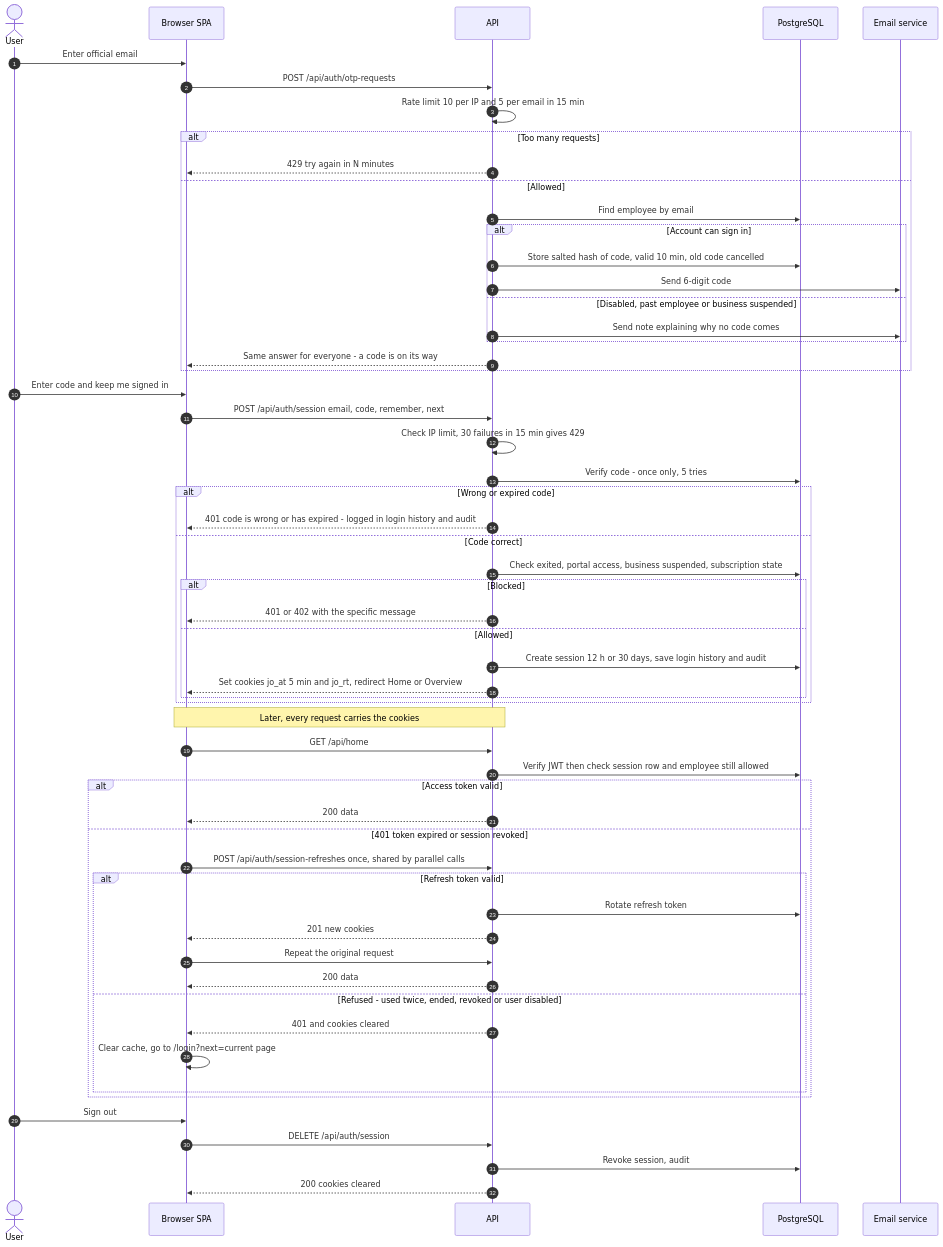
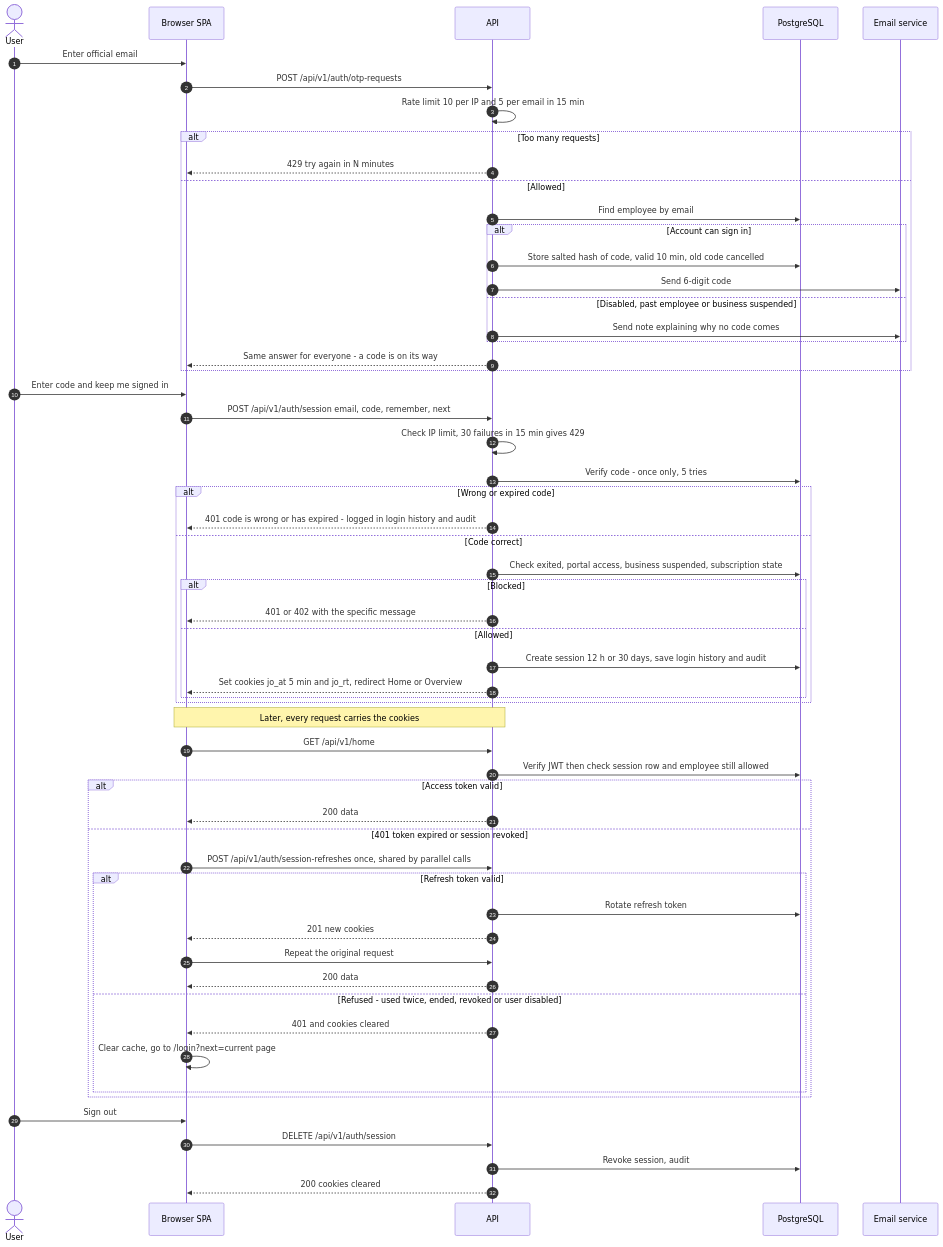
Before and after one commit to amitjurislpo/Juris-one: the second of 23 diagrams in references/FLOW-JurisOne.md, drawn with Mermaid. The commit also changed other lines of this file and 95 other files, not shown here.

````diff
--- a/references/FLOW-JurisOne.md
+++ b/references/FLOW-JurisOne.md
@@ -65,61 +65,61 @@
 ```mermaid
 sequenceDiagram
     autonumber
     actor U as User
     participant B as Browser SPA
     participant A as API
     participant DB as PostgreSQL
     participant M as Email service
 
     U->>B: Enter official email
-    B->>A: POST /api/auth/otp-requests
+    B->>A: POST /api/v1/auth/otp-requests
     A->>A: Rate limit 10 per IP and 5 per email in 15 min
     alt Too many requests
         A-->>B: 429 try again in N minutes
     else Allowed
         A->>DB: Find employee by email
         alt Account can sign in
             A->>DB: Store salted hash of code, valid 10 min, old code cancelled
             A->>M: Send 6-digit code
         else Disabled, past employee or business suspended
             A->>M: Send note explaining why no code comes
         end
         A-->>B: Same answer for everyone - a code is on its way
     end
     U->>B: Enter code and keep me signed in
-    B->>A: POST /api/auth/session email, code, remember, next
+    B->>A: POST /api/v1/auth/session email, code, remember, next
     A->>A: Check IP limit, 30 failures in 15 min gives 429
     A->>DB: Verify code - once only, 5 tries
     alt Wrong or expired code
         A-->>B: 401 code is wrong or has expired - logged in login history and audit
     else Code correct
         A->>DB: Check exited, portal access, business suspended, subscription state
         alt Blocked
             A-->>B: 401 or 402 with the specific message
         else Allowed
             A->>DB: Create session 12 h or 30 days, save login history and audit
             A-->>B: Set cookies jo_at 5 min and jo_rt, redirect Home or Overview
         end
     end
     Note over B,A: Later, every request carries the cookies
-    B->>A: GET /api/home
+    B->>A: GET /api/v1/home
     A->>DB: Verify JWT then check session row and employee still allowed
     alt Access token valid
         A-->>B: 200 data
     else 401 token expired or session revoked
-        B->>A: POST /api/auth/session-refreshes once, shared by parallel calls
+        B->>A: POST /api/v1/auth/session-refreshes once, shared by parallel calls
         alt Refresh token valid
             A->>DB: Rotate refresh token
             A-->>B: 201 new cookies
             B->>A: Repeat the original request
             A-->>B: 200 data
         else Refused - used twice, ended, revoked or user disabled
             A-->>B: 401 and cookies cleared
             B->>B: Clear cache, go to /login?next=current page
         end
     end
     U->>B: Sign out
-    B->>A: DELETE /api/auth/session
+    B->>A: DELETE /api/v1/auth/session
     A->>DB: Revoke session, audit
     A-->>B: 200 cookies cleared
 ```
````
